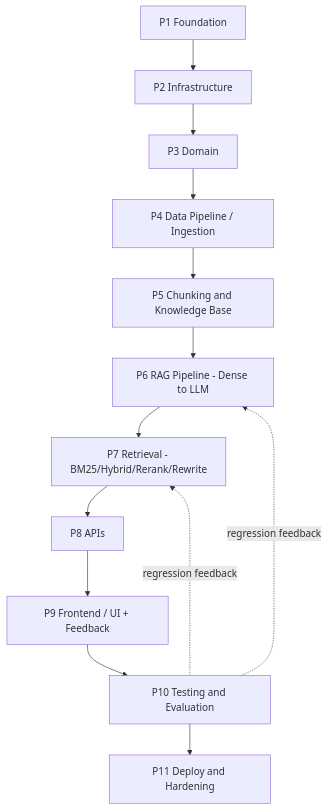
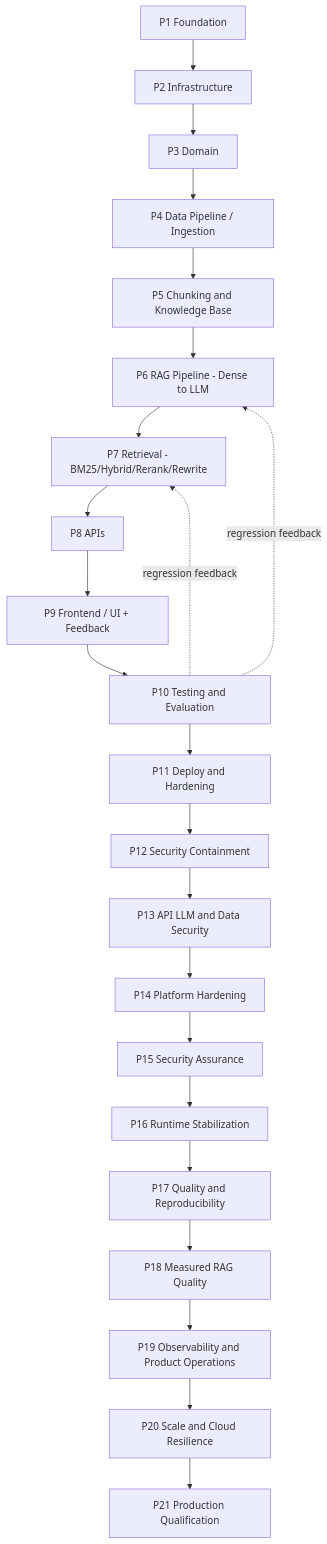
The first of 2 diagrams in docs/00_project/ROADMAP.md (igmriegel/PokeRAG), drawn with Mermaid before and after one commit. The commit also changed other lines of this file and 34 other files, not shown here.

Commit message:
docs(harness): consolidate audit remediation roadmap

````diff
--- a/docs/00_project/ROADMAP.md
+++ b/docs/00_project/ROADMAP.md
@@ -49,15 +59,25 @@
 ```mermaid
 graph TD
     P1[P1 Foundation] --> P2[P2 Infrastructure]
     P2 --> P3[P3 Domain]
     P3 --> P4[P4 Data Pipeline / Ingestion]
     P4 --> P5[P5 Chunking and Knowledge Base]
     P5 --> P6[P6 RAG Pipeline - Dense to LLM]
     P6 --> P7[P7 Retrieval - BM25/Hybrid/Rerank/Rewrite]
     P7 --> P8[P8 APIs]
     P8 --> P9[P9 Frontend / UI + Feedback]
     P9 --> P10[P10 Testing and Evaluation]
     P10 --> P11[P11 Deploy and Hardening]
+    P11 --> P12[P12 Security Containment]
+    P12 --> P13[P13 API LLM and Data Security]
+    P13 --> P14[P14 Platform Hardening]
+    P14 --> P15[P15 Security Assurance]
+    P15 --> P16[P16 Runtime Stabilization]
+    P16 --> P17[P17 Quality and Reproducibility]
+    P17 --> P18[P18 Measured RAG Quality]
+    P18 --> P19[P19 Observability and Product Operations]
+    P19 --> P20[P20 Scale and Cloud Resilience]
+    P20 --> P21[P21 Production Qualification]
     P10 -.regression feedback.-> P7
     P10 -.regression feedback.-> P6
 ```
````
